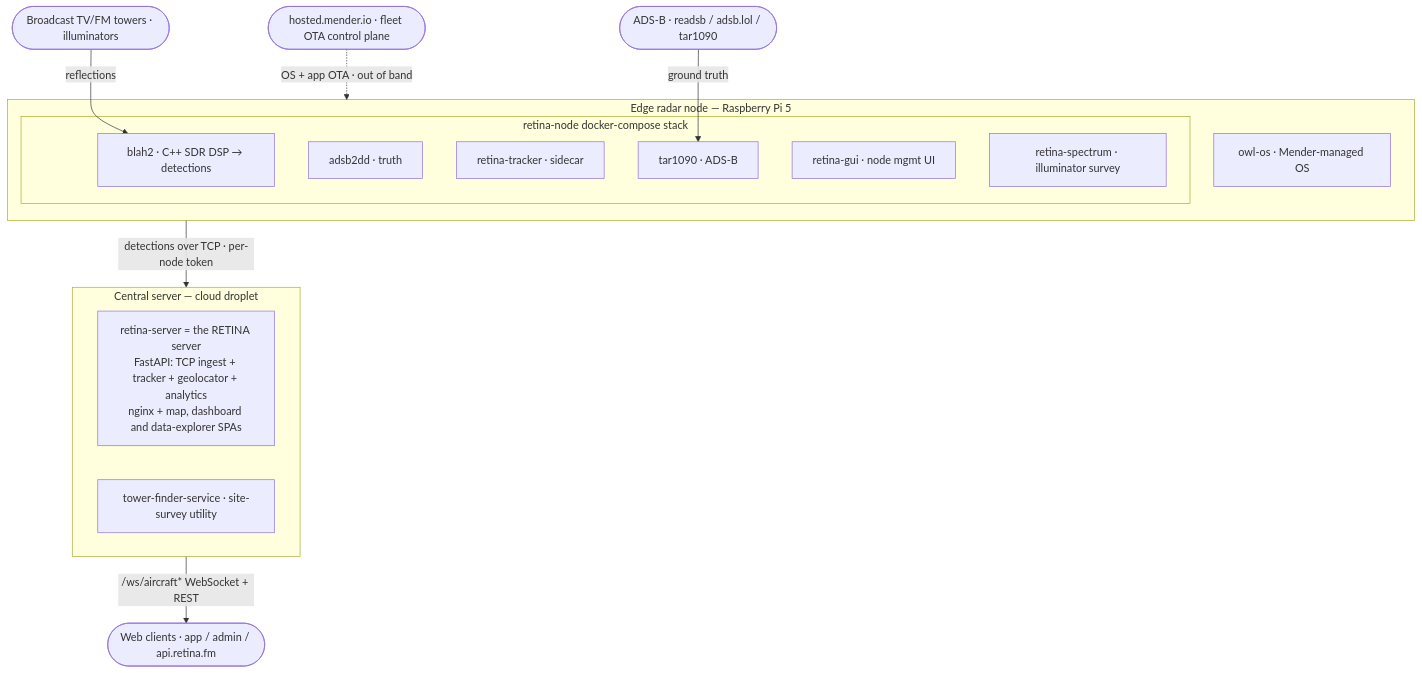
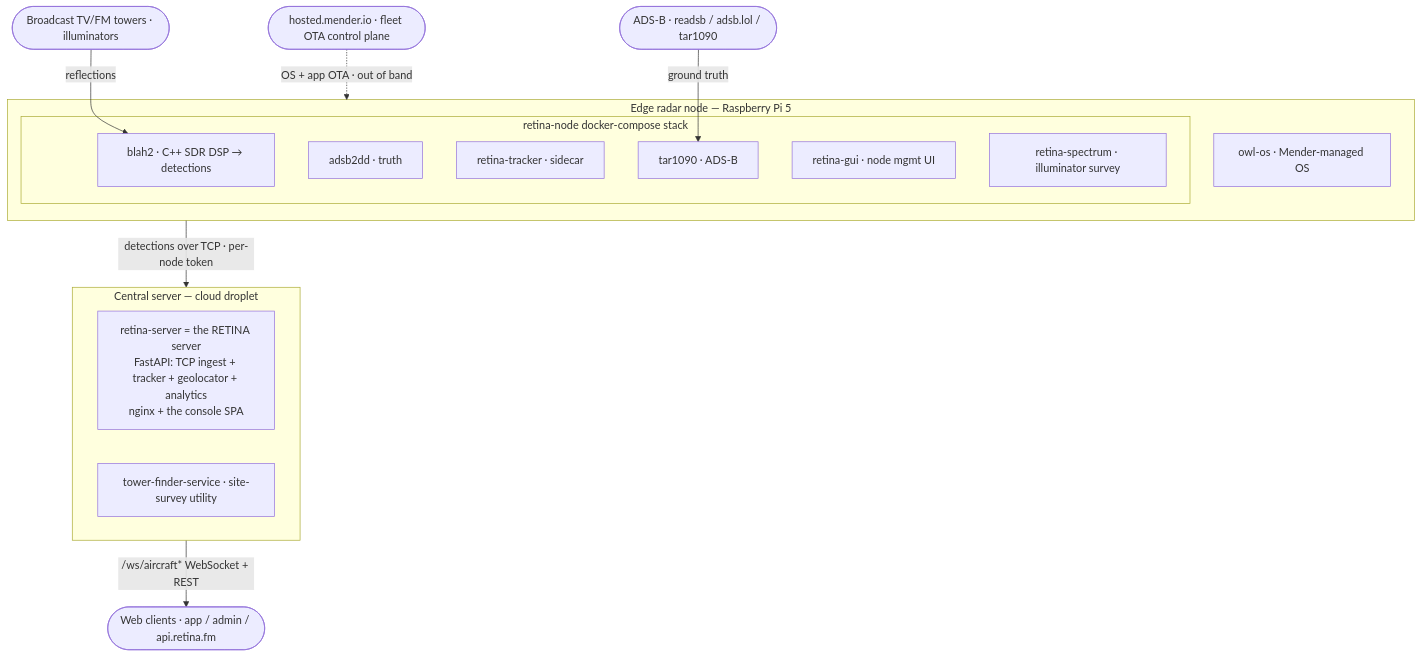
The first of 4 diagrams in docs/architecture.md (offworldlabs/claude-shared), drawn with Mermaid before and after one commit. The commit also changed other lines of this file and 1 other file, not shown here.

First line of the commit message:
docs: route the console's pages from app.retina.fm's root (#32)

````diff
--- a/docs/architecture.md
+++ b/docs/architecture.md
@@ -22,31 +22,31 @@
 ```mermaid
 flowchart TB
   illum([Broadcast TV/FM towers · illuminators])
   adsb([ADS-B · readsb / adsb.lol / tar1090])
 
   subgraph node["Edge radar node — Raspberry Pi 5"]
     os[owl-os · Mender-managed OS]
     subgraph stack["retina-node docker-compose stack"]
       blah[blah2 · C++ SDR DSP → detections]
       a2d[adsb2dd · truth]
       trkn[retina-tracker · sidecar]
       tar[tar1090 · ADS-B]
       gui[retina-gui · node mgmt UI]
       spec[retina-spectrum · illuminator survey]
     end
   end
 
   subgraph central["Central server — cloud droplet"]
-    tf["retina-server = the RETINA server<br/>FastAPI: TCP ingest + tracker + geolocator + analytics<br/>nginx + map, dashboard and data-explorer SPAs"]
+    tf["retina-server = the RETINA server<br/>FastAPI: TCP ingest + tracker + geolocator + analytics<br/>nginx + the console SPA"]
     tfs[tower-finder-service · site-survey utility]
   end
 
   web([Web clients · app / admin / api.retina.fm])
   mender([hosted.mender.io · fleet OTA control plane])
 
   illum -->|reflections| blah
   adsb -->|ground truth| tar
   node -->|detections over TCP · per-node token| central
   central -->|/ws/aircraft* WebSocket + REST| web
   mender -.->|OS + app OTA · out of band| node
 ```
````
